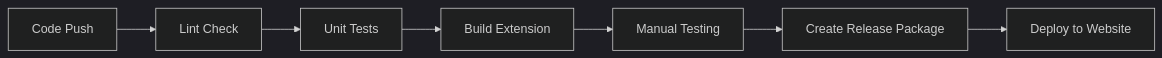
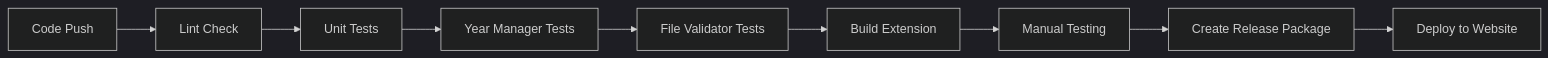
One commit to actpike/wudiConsuke changed the seventh of 7 diagrams in .kiro/specs/wudiConsuke-documentation/design.md. Above: the diagram before and after it, drawn with Mermaid (dark theme). The commit also changed other lines of this file and 18 other files, not shown here.

````diff
--- a/.kiro/specs/wudiConsuke-documentation/design.md
+++ b/.kiro/specs/wudiConsuke-documentation/design.md
@@ -479,9 +703,11 @@
 ```mermaid
 graph LR
     A[Code Push] --> B[Lint Check]
     B --> C[Unit Tests]
-    C --> D[Build Extension]
-    D --> E[Manual Testing]
-    E --> F[Create Release Package]
-    F --> G[Deploy to Website]
+    C --> D[Year Manager Tests]
+    D --> E[File Validator Tests]
+    E --> F[Build Extension]
+    F --> G[Manual Testing]
+    G --> H[Create Release Package]
+    H --> I[Deploy to Website]
 ```
````
